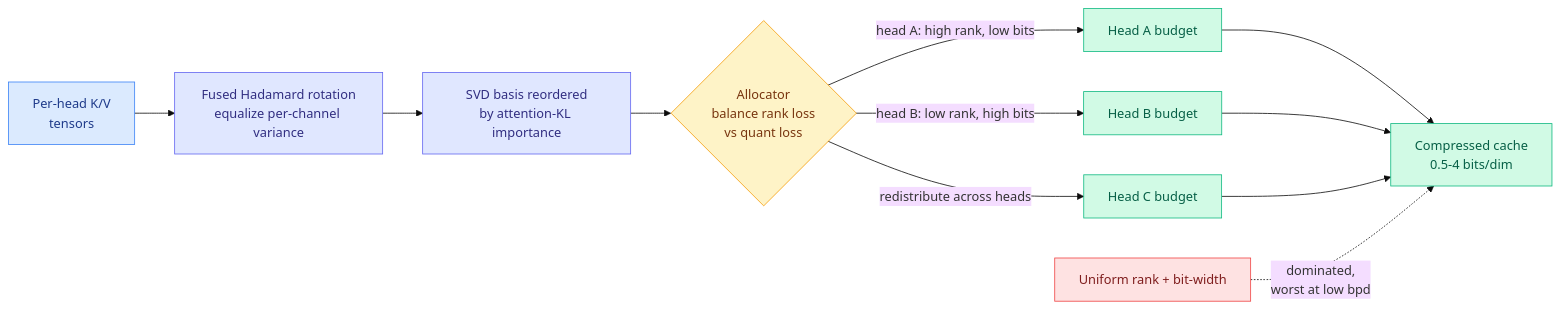
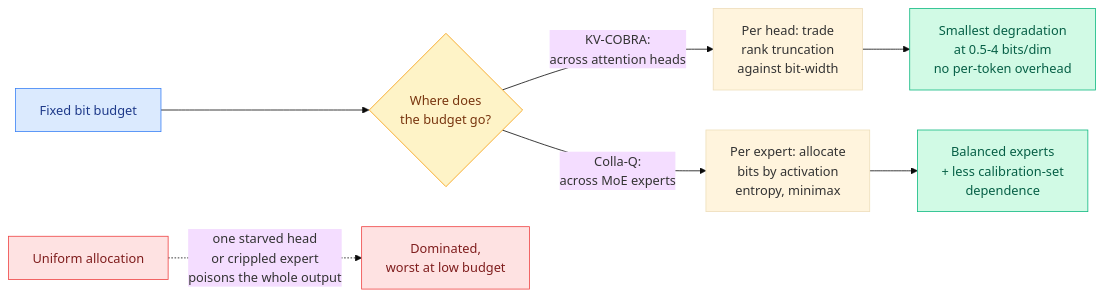
One commit to bayesiansapien/cere-bro changed the second of 5 diagrams in wiki/daily-digest/2026-09/2026-09-23.md. Above: the diagram before and after it, drawn with Mermaid (base theme). The commit also changed other lines of this file, not shown here.

````diff
--- a/wiki/daily-digest/2026-09/2026-09-23.md
+++ b/wiki/daily-digest/2026-09/2026-09-23.md
@@ -91,23 +93,17 @@
 ```mermaid
 flowchart LR
-  KV[Per-head K/V<br/>tensors] --> ROT[Fused Hadamard rotation<br/>equalize per-channel variance]
-  ROT --> SVD[SVD basis reordered<br/>by attention-KL importance]
-  SVD --> ALLOC{Allocator<br/>balance rank loss<br/>vs quant loss}
-  ALLOC -->|head A: high rank, low bits| HA[Head A budget]
-  ALLOC -->|head B: low rank, high bits| HB[Head B budget]
-  ALLOC -->|redistribute across heads| HC[Head C budget]
-  HA --> OUT[Compressed cache<br/>0.5-4 bits/dim]
-  HB --> OUT
-  HC --> OUT
-  UNI[Uniform rank + bit-width] -.->|dominated,<br/>worst at low bpd| OUT
+  BUD[Fixed bit budget] --> Q1{Where does<br/>the budget go?}
+  Q1 -->|KV-COBRA:<br/>across attention heads| H[Per head: trade<br/>rank truncation<br/>against bit-width]
+  Q1 -->|Colla-Q:<br/>across MoE experts| E[Per expert: allocate<br/>bits by activation<br/>entropy, minimax]
+  H --> WIN1[Smallest degradation<br/>at 0.5-4 bits/dim<br/>no per-token overhead]
+  E --> WIN2[Balanced experts<br/>+ less calibration-set<br/>dependence]
+  UNI[Uniform allocation] -.->|one starved head<br/>or crippled expert<br/>poisons the whole output| LOSE[Dominated,<br/>worst at low budget]
   classDef input fill:#dbeafe,stroke:#3b82f6,color:#1e3a8a
   classDef decision fill:#fef3c7,stroke:#f59e0b,color:#78350f
   classDef output fill:#d1fae5,stroke:#10b981,color:#065f46
   classDef warn fill:#fee2e2,stroke:#ef4444,color:#7f1d1d
-  classDef aux fill:#e0e7ff,stroke:#6366f1,color:#312e81
-  class KV input
-  class ALLOC decision
-  class HA,HB,HC,OUT output
-  class UNI warn
-  class ROT,SVD aux
+  class BUD input
+  class Q1 decision
+  class WIN1,WIN2 output
+  class UNI,LOSE warn
 ```
````
